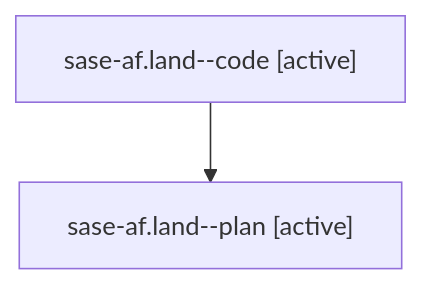
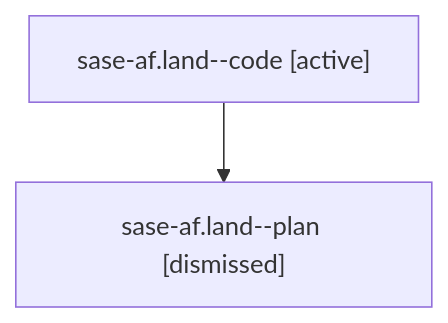
The diagram in families/bbugyi200.athena.sase-af.land.md (sase-org/sase--agents), drawn with Mermaid before and after one commit. The commit also changed other lines of this file and 947 other files, not shown here.

````diff
--- a/families/bbugyi200.athena.sase-af.land.md
+++ b/families/bbugyi200.athena.sase-af.land.md
@@ -9,6 +9,6 @@
 ```mermaid
 flowchart TD
   n0["sase-af.land--code [active]"]
-  n1["sase-af.land--plan [active]"]
+  n1["sase-af.land--plan [dismissed]"]
   n0 --> n1
 ```
````
